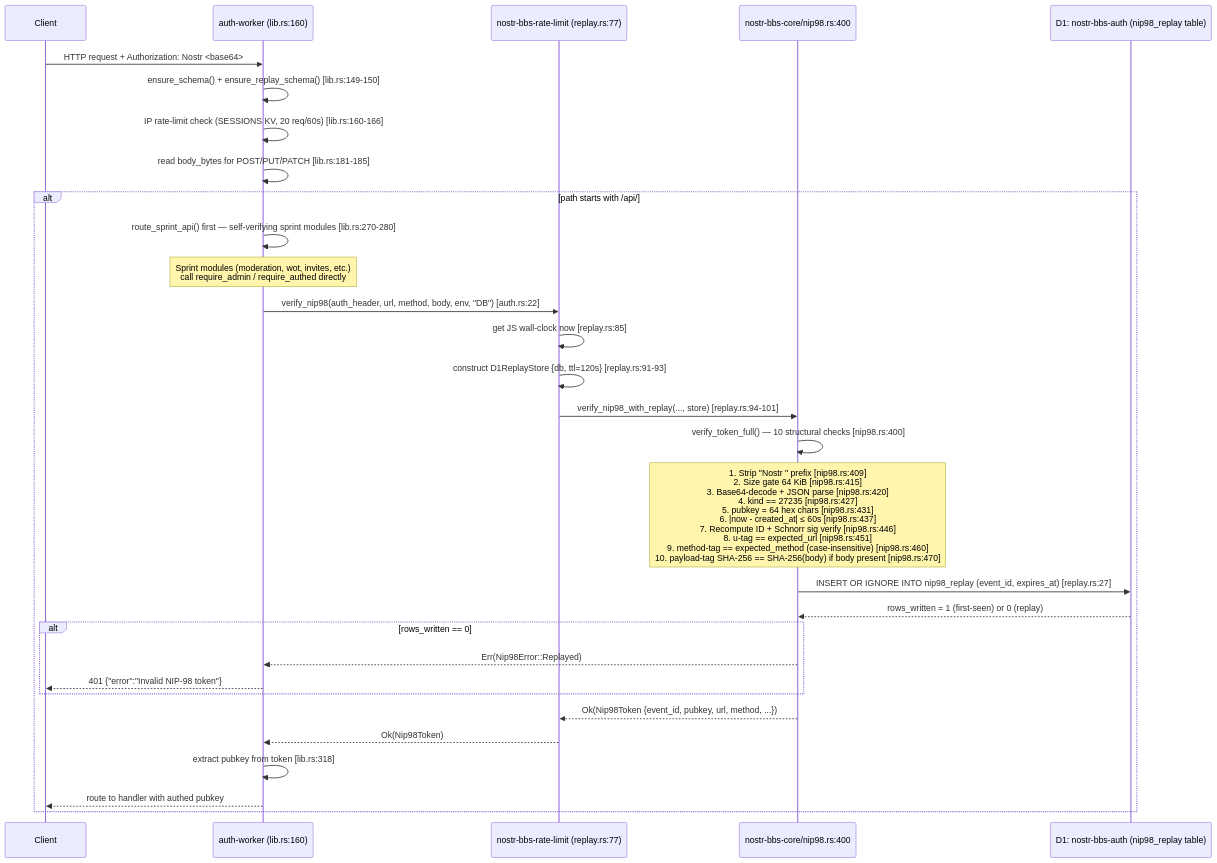
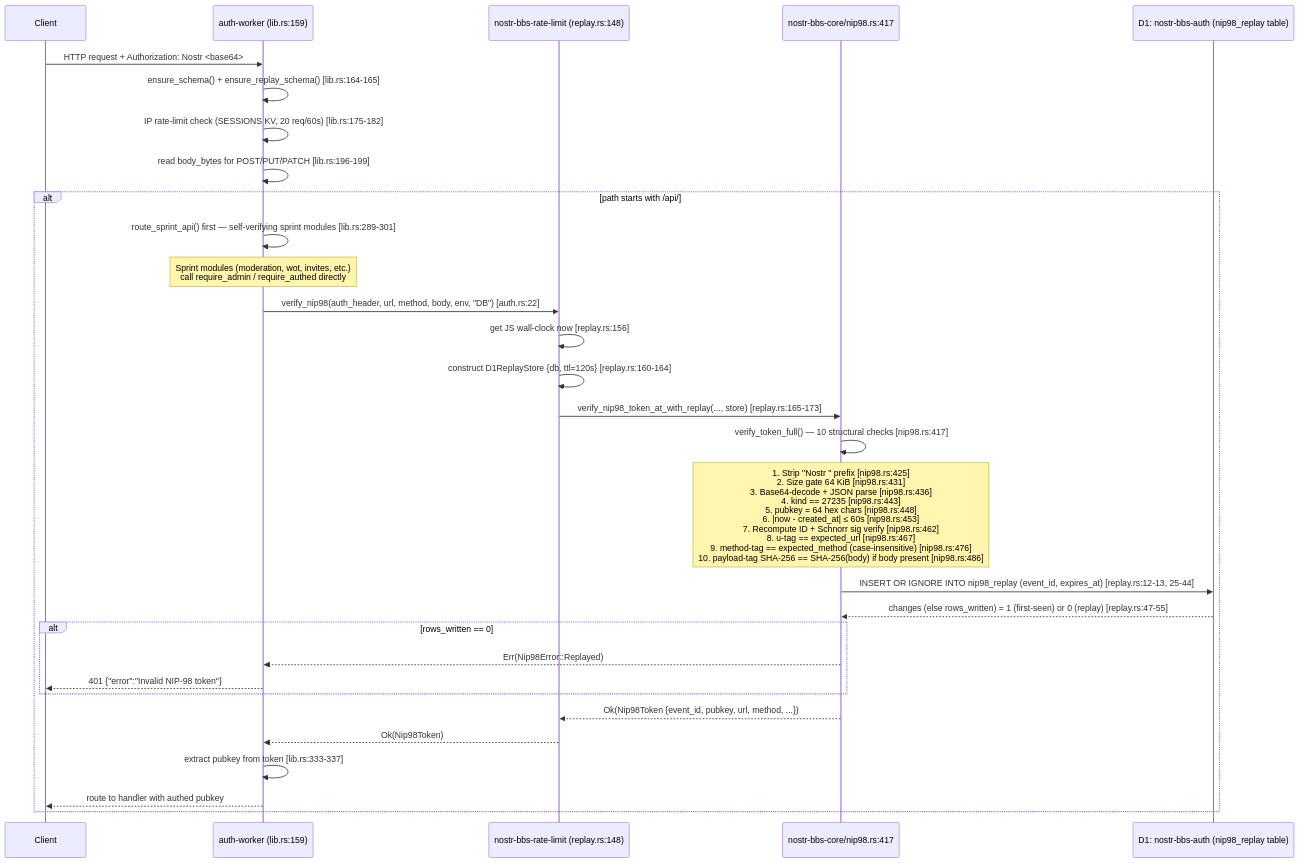
Before and after one commit to DreamLab-AI/nostr-rust-forum: the first of 7 diagrams in docs/diagrams/auth-governance-flows.md, drawn with Mermaid. The commit also changed other lines of this file and 4 other files, not shown here.

First line of the commit message:
docs(diagrams): bring the diagram corpus up to 3c48e26 (NIP-09 tombstones, deletion sync, NIP-42 receipts, per-identity zone keys)

````diff
--- a/docs/diagrams/auth-governance-flows.md
+++ b/docs/diagrams/auth-governance-flows.md
@@ -22,34 +24,34 @@
 ```mermaid
 sequenceDiagram
     participant C as Client
-    participant W as auth-worker (lib.rs:160)
-    participant RL as nostr-bbs-rate-limit (replay.rs:77)
-    participant CORE as nostr-bbs-core/nip98.rs:400
+    participant W as auth-worker (lib.rs:159)
+    participant RL as nostr-bbs-rate-limit (replay.rs:148)
+    participant CORE as nostr-bbs-core/nip98.rs:417
     participant D1R as D1: nostr-bbs-auth (nip98_replay table)
 
     C->>W: HTTP request + Authorization: Nostr <base64>
-    W->>W: ensure_schema() + ensure_replay_schema() [lib.rs:149-150]
-    W->>W: IP rate-limit check (SESSIONS KV, 20 req/60s) [lib.rs:160-166]
-    W->>W: read body_bytes for POST/PUT/PATCH [lib.rs:181-185]
+    W->>W: ensure_schema() + ensure_replay_schema() [lib.rs:164-165]
+    W->>W: IP rate-limit check (SESSIONS KV, 20 req/60s) [lib.rs:175-182]
+    W->>W: read body_bytes for POST/PUT/PATCH [lib.rs:196-199]
 
     alt path starts with /api/
-        W->>W: route_sprint_api() first — self-verifying sprint modules [lib.rs:270-280]
+        W->>W: route_sprint_api() first — self-verifying sprint modules [lib.rs:289-301]
         Note over W: Sprint modules (moderation, wot, invites, etc.)<br/>call require_admin / require_authed directly
         W->>RL: verify_nip98(auth_header, url, method, body, env, "DB") [auth.rs:22]
-        RL->>RL: get JS wall-clock now [replay.rs:85]
-        RL->>RL: construct D1ReplayStore {db, ttl=120s} [replay.rs:91-93]
-        RL->>CORE: verify_nip98_with_replay(..., store) [replay.rs:94-101]
-        CORE->>CORE: verify_token_full() — 10 structural checks [nip98.rs:400]
-        Note over CORE: 1. Strip "Nostr " prefix [nip98.rs:409]<br/>2. Size gate 64 KiB [nip98.rs:415]<br/>3. Base64-decode + JSON parse [nip98.rs:420]<br/>4. kind == 27235 [nip98.rs:427]<br/>5. pubkey = 64 hex chars [nip98.rs:431]<br/>6. |now - created_at| ≤ 60s [nip98.rs:437]<br/>7. Recompute ID + Schnorr sig verify [nip98.rs:446]<br/>8. u-tag == expected_url [nip98.rs:451]<br/>9. method-tag == expected_method (case-insensitive) [nip98.rs:460]<br/>10. payload-tag SHA-256 == SHA-256(body) if body present [nip98.rs:470]
-        CORE->>D1R: INSERT OR IGNORE INTO nip98_replay (event_id, expires_at) [replay.rs:27]
-        D1R-->>CORE: rows_written = 1 (first-seen) or 0 (replay)
+        RL->>RL: get JS wall-clock now [replay.rs:156]
+        RL->>RL: construct D1ReplayStore {db, ttl=120s} [replay.rs:160-164]
+        RL->>CORE: verify_nip98_token_at_with_replay(..., store) [replay.rs:165-173]
+        CORE->>CORE: verify_token_full() — 10 structural checks [nip98.rs:417]
+        Note over CORE: 1. Strip "Nostr " prefix [nip98.rs:425]<br/>2. Size gate 64 KiB [nip98.rs:431]<br/>3. Base64-decode + JSON parse [nip98.rs:436]<br/>4. kind == 27235 [nip98.rs:443]<br/>5. pubkey = 64 hex chars [nip98.rs:448]<br/>6. |now - created_at| ≤ 60s [nip98.rs:453]<br/>7. Recompute ID + Schnorr sig verify [nip98.rs:462]<br/>8. u-tag == expected_url [nip98.rs:467]<br/>9. method-tag == expected_method (case-insensitive) [nip98.rs:476]<br/>10. payload-tag SHA-256 == SHA-256(body) if body present [nip98.rs:486]
+        CORE->>D1R: INSERT OR IGNORE INTO nip98_replay (event_id, expires_at) [replay.rs:12-13, 25-44]
+        D1R-->>CORE: changes (else rows_written) = 1 (first-seen) or 0 (replay) [replay.rs:47-55]
         alt rows_written == 0
             CORE-->>W: Err(Nip98Error::Replayed)
             W-->>C: 401 {"error":"Invalid NIP-98 token"}
         end
         CORE-->>RL: Ok(Nip98Token {event_id, pubkey, url, method, ...})
         RL-->>W: Ok(Nip98Token)
-        W->>W: extract pubkey from token [lib.rs:318]
+        W->>W: extract pubkey from token [lib.rs:333-337]
         W-->>C: route to handler with authed pubkey
     end
 ```
````
